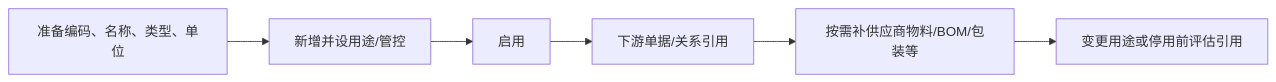
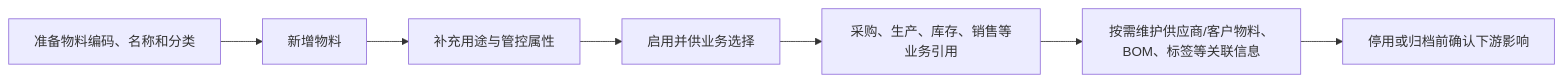
The first of 2 diagrams in docs/04-DBC-主数据管理/01-物料管理/01-物料基本信息.md (jiargcn/MomProductDocument), drawn with Mermaid before and after one commit. The commit also changed other lines of this file and 239 other files, not shown here.

````diff
--- a/docs/04-DBC-主数据管理/01-物料管理/01-物料基本信息.md
+++ b/docs/04-DBC-主数据管理/01-物料管理/01-物料基本信息.md
@@ -33,8 +39,9 @@
 ```mermaid
 flowchart LR
-    A["准备编码、名称、类型、单位"] --> B["新增并设用途/管控"]
-    B --> C["启用"]
-    C --> D["下游单据/关系引用"]
-    D --> E["按需补供应商物料/BOM/包装等"]
-    E --> F["变更用途或停用前评估引用"]
+    A["准备物料编码、名称和分类"] --> B["新增物料"]
+    B --> C["补充用途与管控属性"]
+    C --> D["启用并供业务选择"]
+    D --> E["采购、生产、库存、销售等业务引用"]
+    E --> F["按需维护供应商/客户物料、BOM、标签等关联信息"]
+    F --> G["停用或归档前确认下游影响"]
 ```
````
